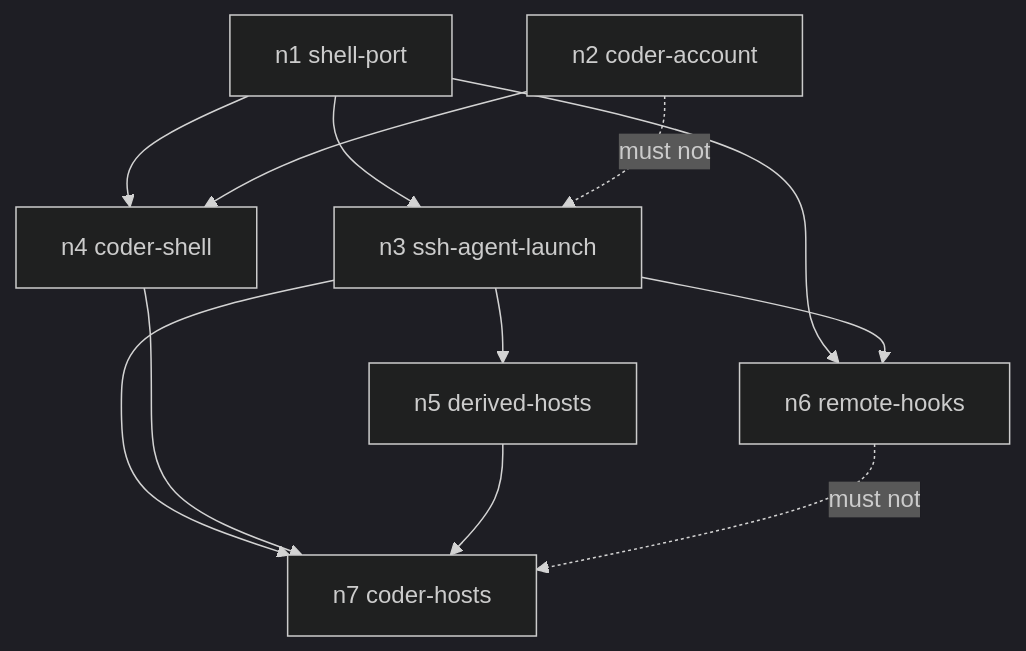
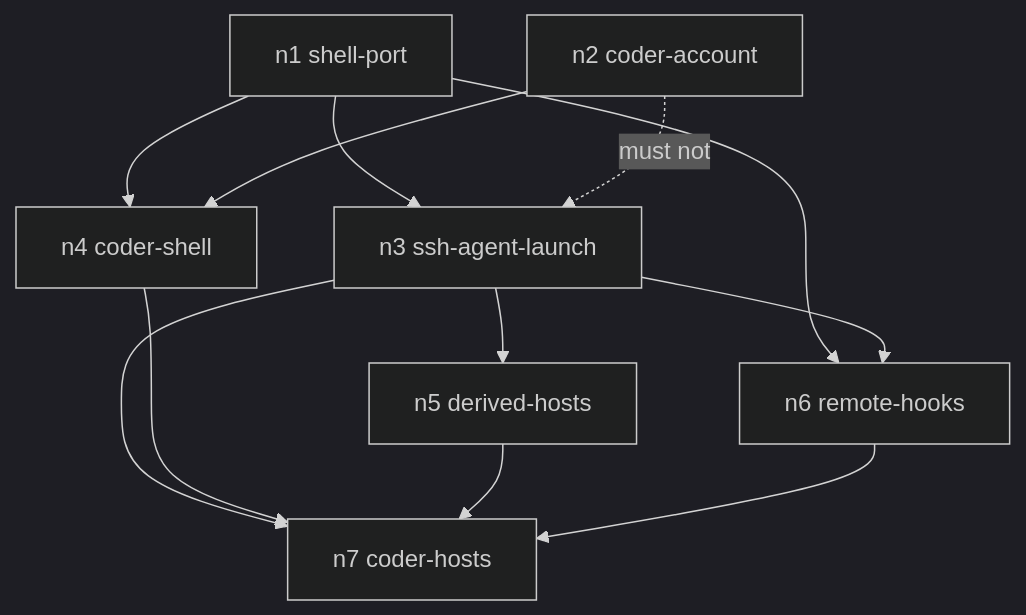
The first of 2 diagrams in docs/dev/1-WIP/2026-11-15-remote-shell-coder-hosts.md (uppin/tddy-coder), drawn with Mermaid (dark theme) before and after one commit. The commit also changed other lines of this file, not shown here.

````diff
--- a/docs/dev/1-WIP/2026-11-15-remote-shell-coder-hosts.md
+++ b/docs/dev/1-WIP/2026-11-15-remote-shell-coder-hosts.md
@@ -138,14 +138,14 @@
 ```mermaid
 graph TD
   n1[n1 shell-port] --> n3[n3 ssh-agent-launch]
   n1 --> n4[n4 coder-shell]
   n1 --> n6[n6 remote-hooks]
   n2[n2 coder-account] --> n4
   n3 --> n5[n5 derived-hosts]
   n3 --> n6
   n3 --> n7[n7 coder-hosts]
   n4 --> n7
   n5 --> n7
-  n6 -. must not .-> n7
+  n6 --> n7
   n2 -. must not .-> n3
 ```
````
